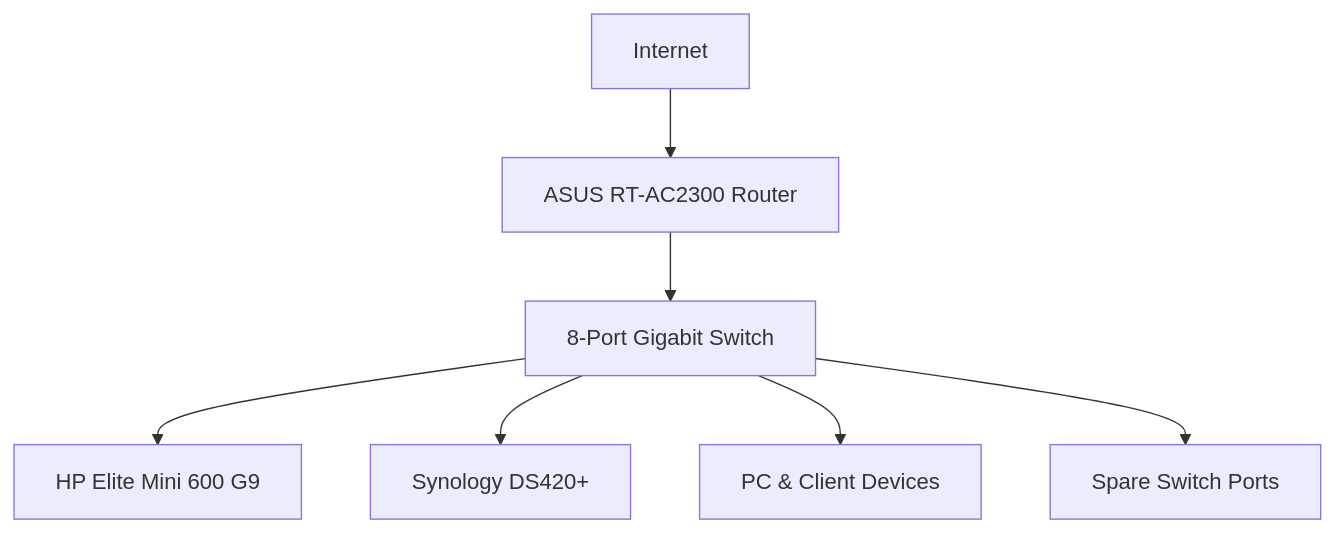
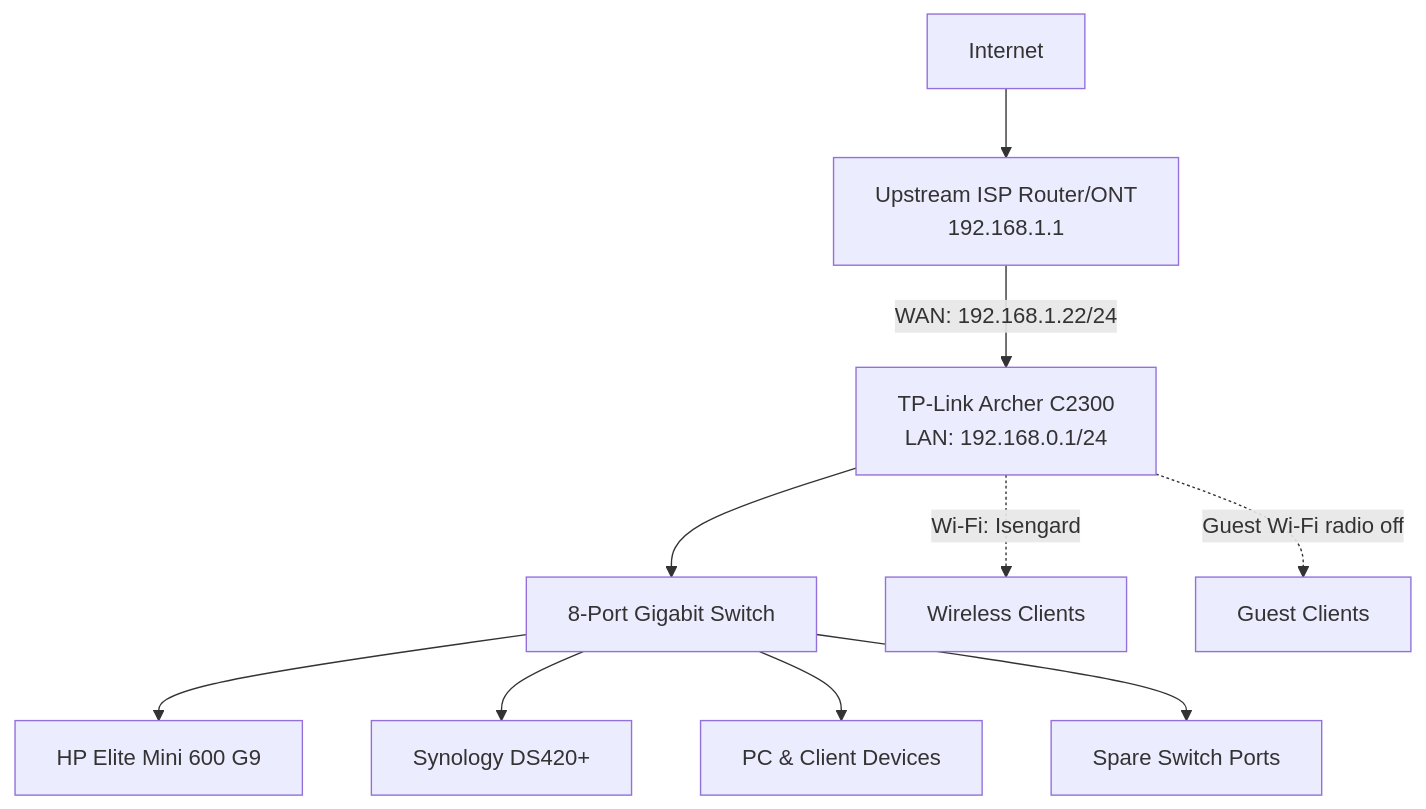
Before and after one commit to Rhod3/homelab: the diagram in hardware/networking.md, drawn with Mermaid. The commit also changed other lines of this file and 5 other files, not shown here.

````diff
--- a/hardware/networking.md
+++ b/hardware/networking.md
@@ -9,9 +9,12 @@
 ```mermaid
 flowchart TD
-    Internet[Internet] --> Router[ASUS RT-AC2300 Router]
+    Internet[Internet] --> Upstream[Upstream ISP Router/ONT<br/>192.168.1.1]
+    Upstream -->|WAN: 192.168.1.22/24| Router[TP-Link Archer C2300<br/>LAN: 192.168.0.1/24]
     Router --> Switch[8-Port Gigabit Switch]
     Switch --> HP[HP Elite Mini 600 G9]
     Switch --> Synology[Synology DS420+]
     Switch --> PC[PC & Client Devices]
     Switch --> Spare[Spare Switch Ports]
+    Router -.Wi-Fi: Isengard.-> WiFiClients[Wireless Clients]
+    Router -.Guest Wi-Fi radio off.-> GuestClients[Guest Clients]
 ```
````
